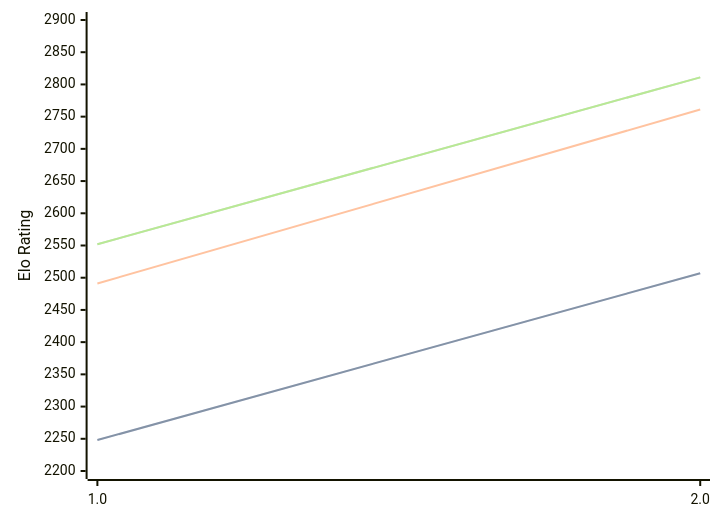
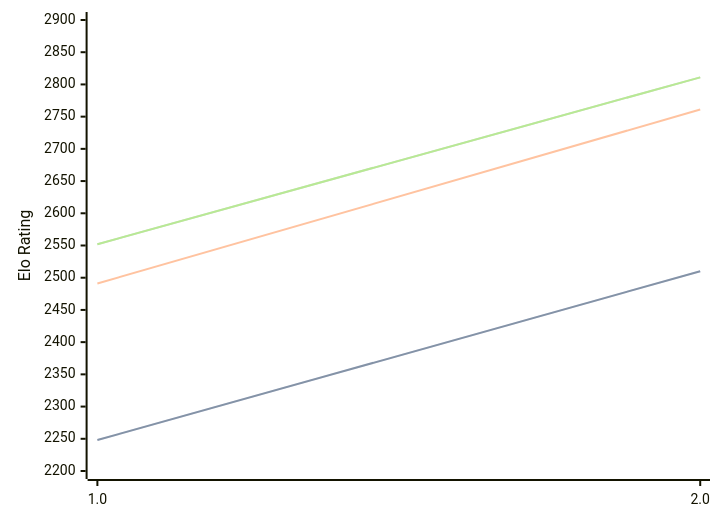
Before and after one commit to computer-chess-index/cci: the diagram in engines/Revolver.md, drawn with Mermaid. The commit also changed other lines of this file, not shown here.

````diff
--- a/engines/Revolver.md
+++ b/engines/Revolver.md
@@ -32,11 +32,11 @@
 ```mermaid
 %%{init: {"theme":"base","themeVariables":{"seriesColors:['#a3a3a3','#222221','#faa371']}}}%%
 xychart-beta
   x-axis ["1.0", "2.0"]
   y-axis "Elo Rating" 2200 --> 2900
-  line "STC (8.0+0.08s)" [2248, 2507]
-  line "STC (8.0+0.08s)" [2248, 2507]
+  line "STC (8.0+0.08s)" [2248, 2510]
+  line "STC (8.0+0.08s)" [2248, 2510]
   line "LTC (60.0+0.60s)" [2491, 2761]
   line "VLTC (2m24s+1.12s)" [2552, 2811]
   line "VLTC (2m24s+1.12s)" [2552, 2811]
 ```
````
